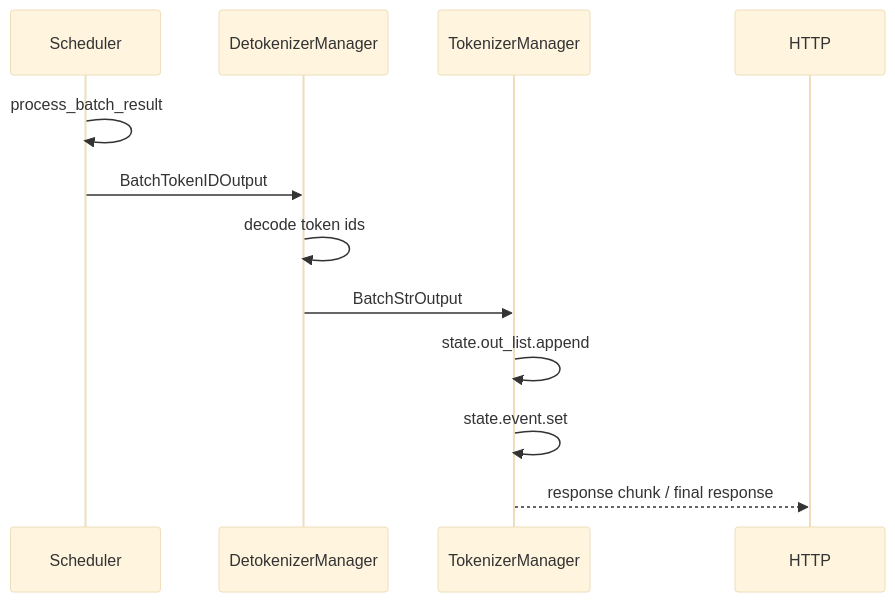
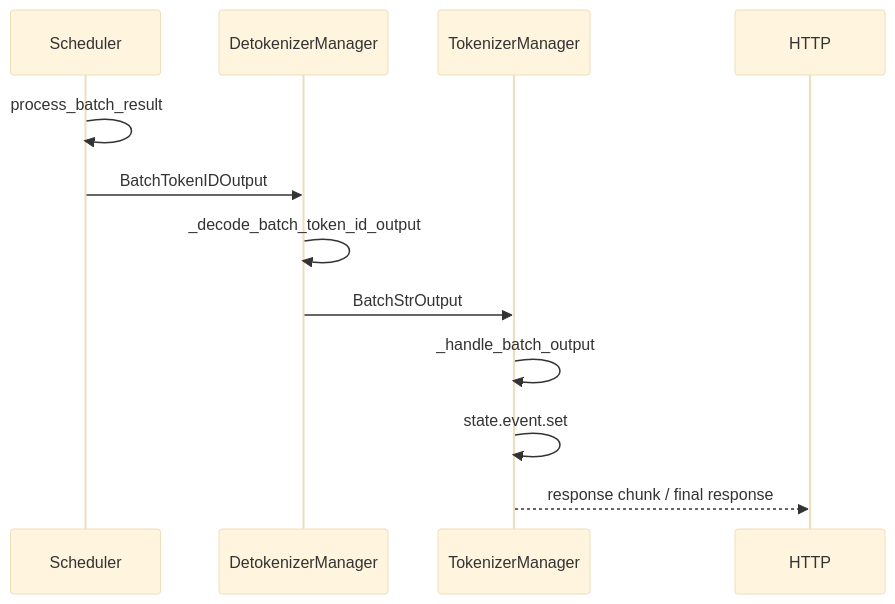
Before and after one commit to cl-vv-h/SGLang_Tutor: the sixth of 6 diagrams in learning/sglang-source-reading/01-request-lifecycle.md, drawn with Mermaid (base theme). The commit also changed other lines of this file and 4 other files, not shown here.

````diff
--- a/learning/sglang-source-reading/01-request-lifecycle.md
+++ b/learning/sglang-source-reading/01-request-lifecycle.md
@@ -301,15 +180,15 @@
 ```mermaid
 sequenceDiagram
   participant SCH as Scheduler
   participant DETOK as DetokenizerManager
   participant TM as TokenizerManager
   participant HTTP
 
   SCH->>SCH: process_batch_result
   SCH->>DETOK: BatchTokenIDOutput
-  DETOK->>DETOK: decode token ids
+  DETOK->>DETOK: _decode_batch_token_id_output
   DETOK->>TM: BatchStrOutput
-  TM->>TM: state.out_list.append
+  TM->>TM: _handle_batch_output
   TM->>TM: state.event.set
   TM-->>HTTP: response chunk / final response
 ```
````
